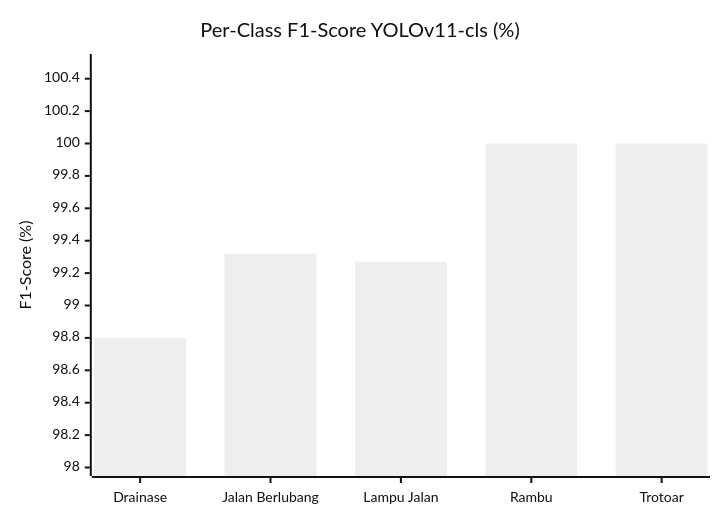
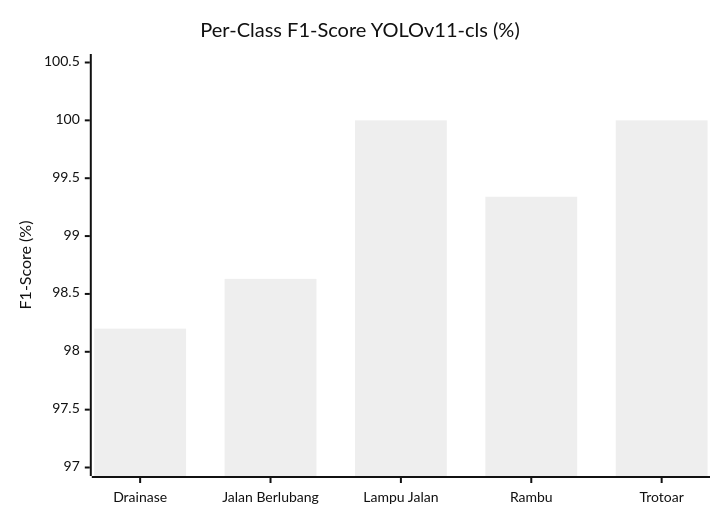
One commit to nabilkencana/AI-Service-LaporKita changed diagram 18 of 21 in README.md. Above: the diagram before and after it, drawn with Mermaid (neutral theme). The commit also changed other lines of this file and 57 other files, not shown here.

````diff
--- a/README.md
+++ b/README.md
@@ -1267,7 +1311,7 @@
 ```mermaid
 xychart-beta
     title "Per-Class F1-Score YOLOv11-cls (%)"
     x-axis ["Drainase", "Jalan Berlubang", "Lampu Jalan", "Rambu", "Trotoar"]
-    y-axis "F1-Score (%)" 98 --> 100.5
-    bar [98.80, 99.32, 99.27, 100.00, 100.00]
+    y-axis "F1-Score (%)" 97 --> 100.5
+    bar [98.20, 98.63, 100.00, 99.34, 100.00]
 ```
````
